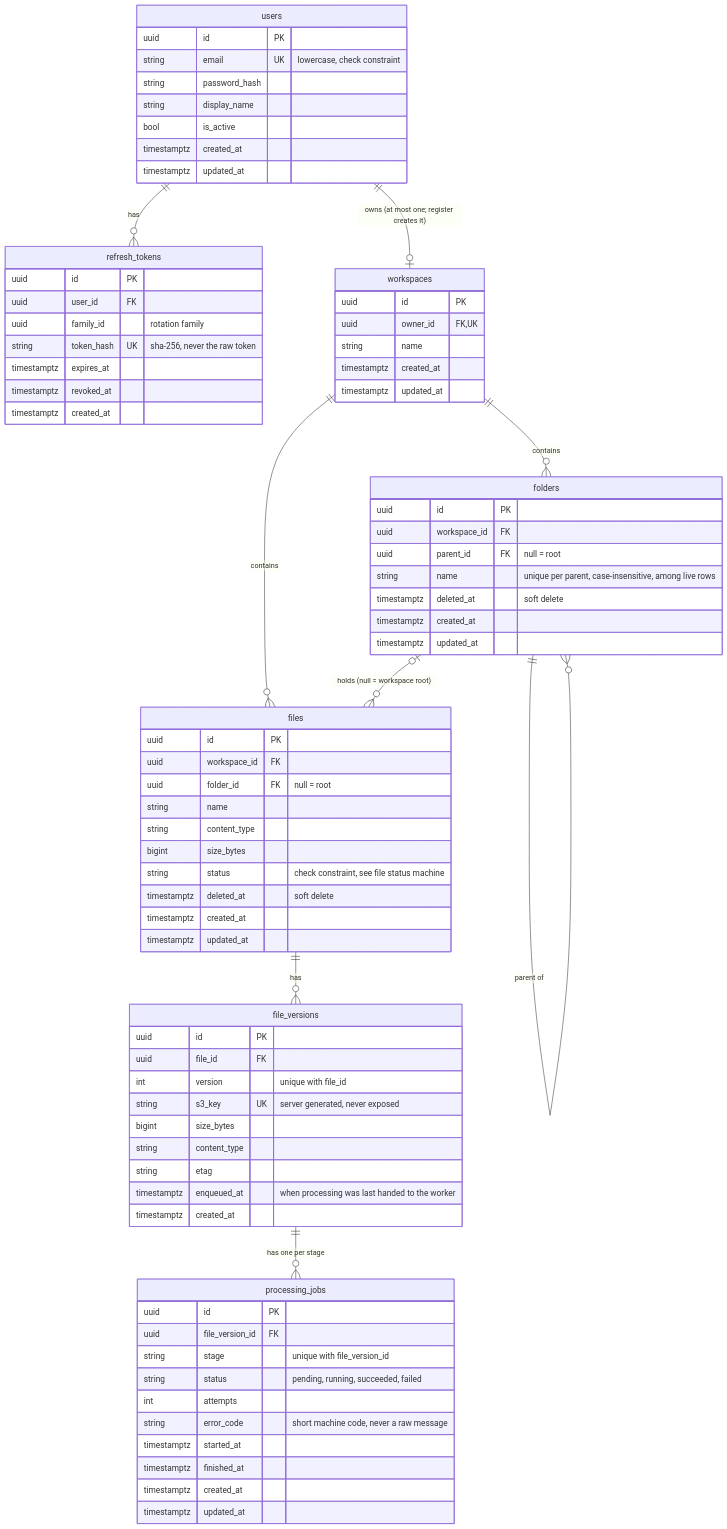
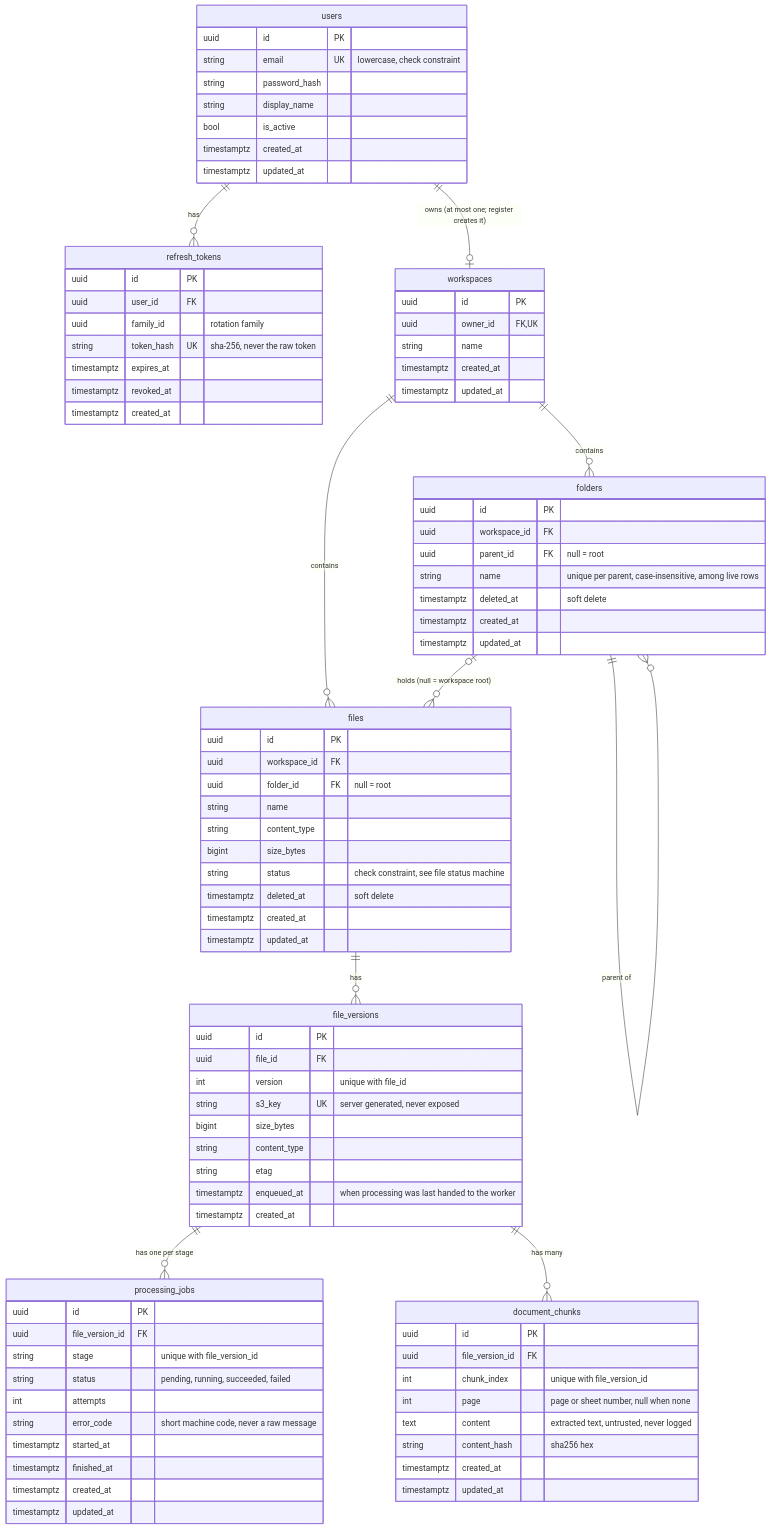
One commit to manan-77/clouddrop changed the diagram in docs/er-diagram.md. Above: the diagram before and after it, drawn with Mermaid. The commit also changed other lines of this file and 22 other files, not shown here.

````diff
--- a/docs/er-diagram.md
+++ b/docs/er-diagram.md
@@ -12,6 +12,7 @@
     folders |o--o{ files : "holds (null = workspace root)"
     files ||--o{ file_versions : "has"
     file_versions ||--o{ processing_jobs : "has one per stage"
+    file_versions ||--o{ document_chunks : "has many"
 
     users {
         uuid id PK
@@ -82,4 +83,14 @@
         timestamptz created_at
         timestamptz updated_at
     }
+    document_chunks {
+        uuid id PK
+        uuid file_version_id FK
+        int chunk_index "unique with file_version_id"
+        int page "page or sheet number, null when none"
+        text content "extracted text, untrusted, never logged"
+        string content_hash "sha256 hex"
+        timestamptz created_at
+        timestamptz updated_at
+    }
 ```
````
